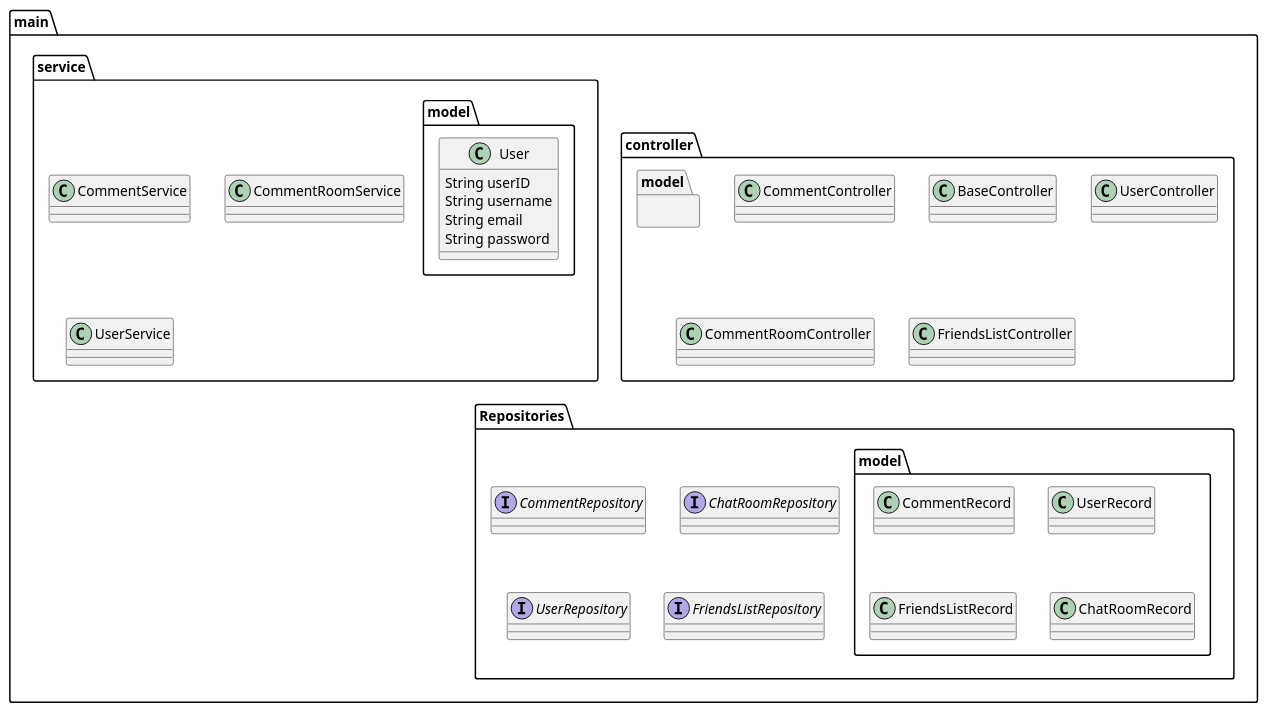
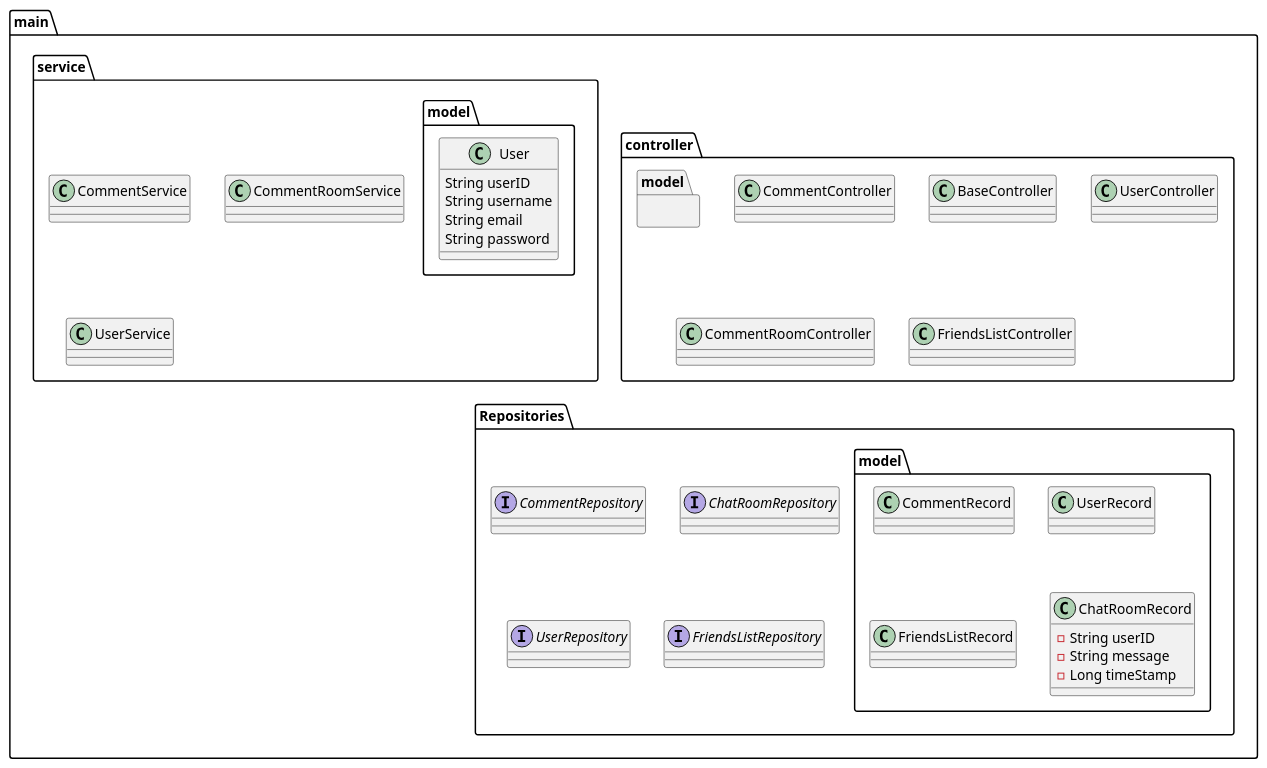
Before and after one commit to adam-knight1/yankeetrek: the diagram in Application/src/main/LikeMindedUML.puml, drawn with PlantUML. The commit also changed 4 other files, not shown here.

Commit message:
worked on ChatRoomRepository,UML,ChatRoomRecors, and added ChatRoomService

```diff
--- a/Application/src/main/LikeMindedUML.puml
+++ b/Application/src/main/LikeMindedUML.puml
@@ -1,48 +1,51 @@
 @startuml
 'https://plantuml.com/class-diagram
 
 package main {
 package controller{
 class CommentController
 class BaseController
 class UserController
 class CommentRoomController
 class FriendsListController
 package model {
 }
     }
 
 package service {
 
 class CommentService
 class CommentRoomService
 class UserService
 package model {
 class User {
 String userID
 String username
 String email
 String password
 }
     }
         }
 
 package Repositories {
 
 Interface CommentRepository
 Interface ChatRoomRepository
 Interface UserRepository
 Interface FriendsListRepository
 package model{
 class CommentRecord
 class UserRecord
 class FriendsListRecord
-class ChatRoomRecord
+class ChatRoomRecord{
+- String userID
+- String message
+- Long timeStamp
 }
     }
         }
             }
 
 
 
 @enduml
```
